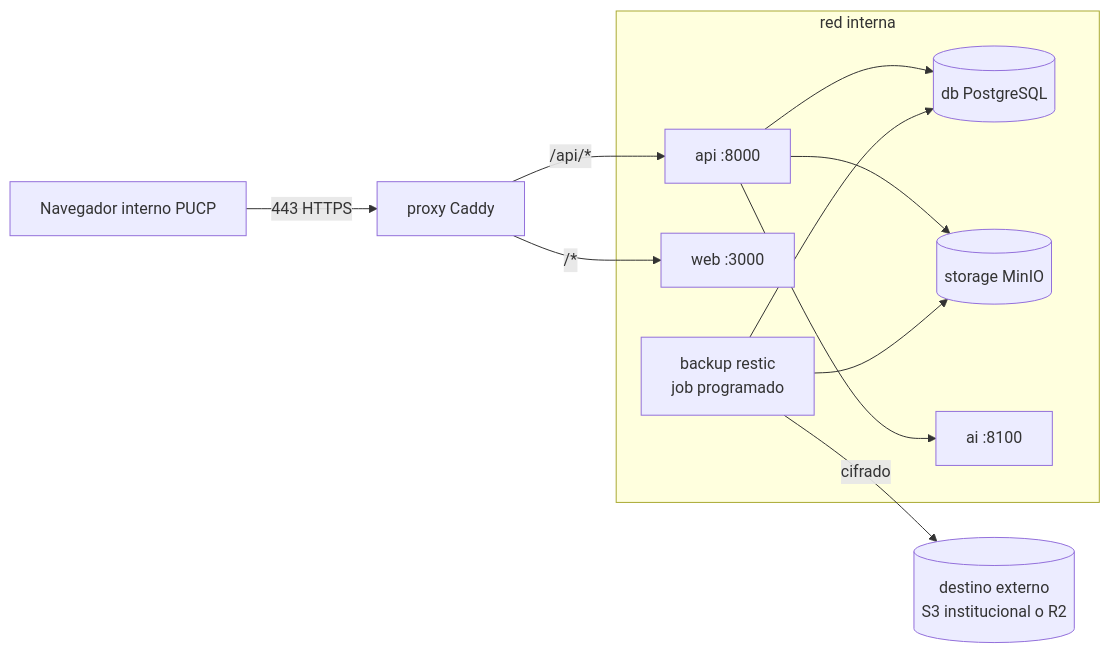
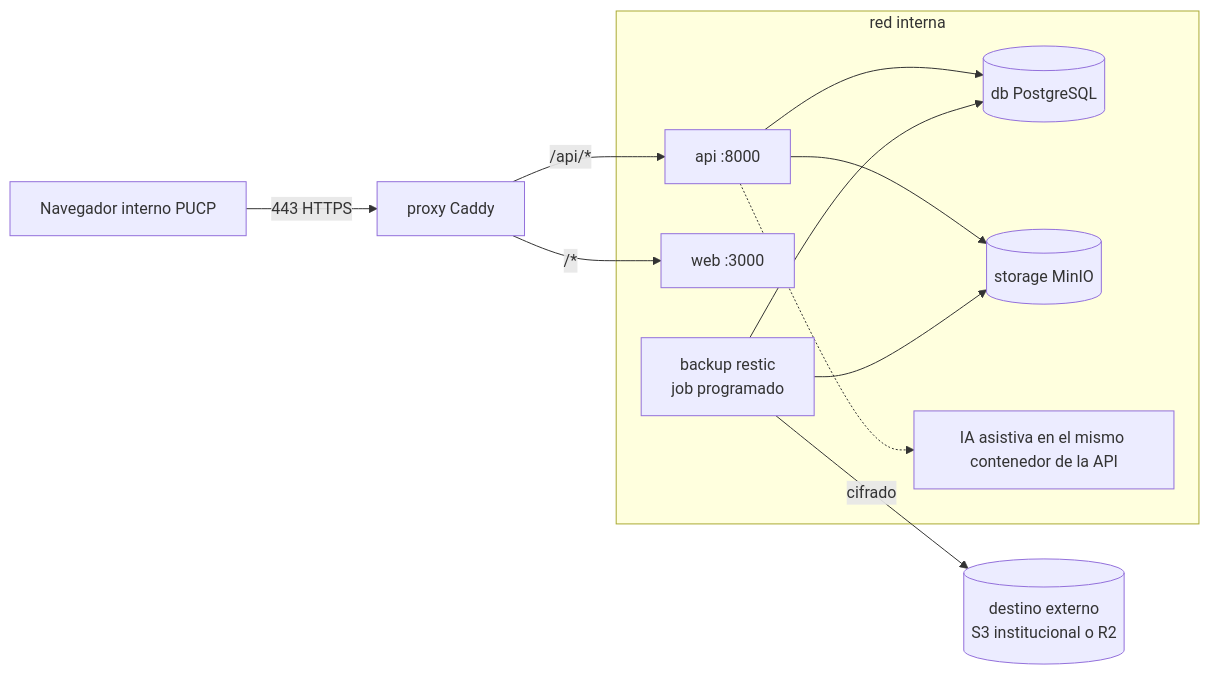
One commit to AndreAsenjo18/MATP-PUCP changed the diagram in openspec/changes/despliegue-vm-y-respaldos/design.md. Above: the diagram before and after it, drawn with Mermaid. The commit also changed 53 other files, not shown here.

````diff
--- a/openspec/changes/despliegue-vm-y-respaldos/design.md
+++ b/openspec/changes/despliegue-vm-y-respaldos/design.md
@@ -23,20 +23,20 @@
 ```mermaid
 flowchart LR
     U[Navegador interno PUCP] -->|443 HTTPS| P[proxy Caddy]
     P -->|/api/*| A[api :8000]
     P -->|/*| W[web :3000]
     A --> D[(db PostgreSQL)]
     A --> S[(storage MinIO)]
-    A --> I[ai :8100]
+    A -.-> I[IA asistiva en el mismo contenedor de la API]
     B[backup restic<br/>job programado] --> D
     B --> S
     B -->|cifrado| R[(destino externo<br/>S3 institucional o R2)]
     subgraph red interna
       A
       W
       D
       S
       I
       B
     end
 ```
````
